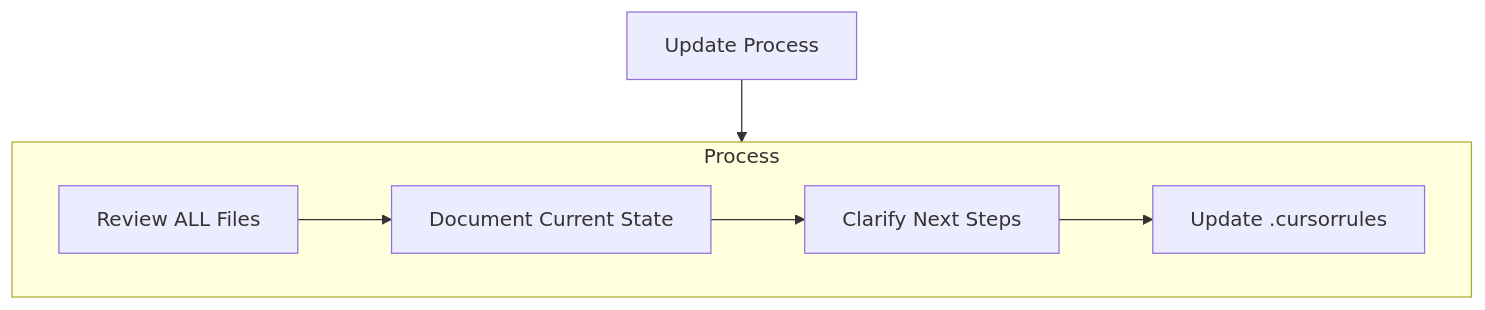
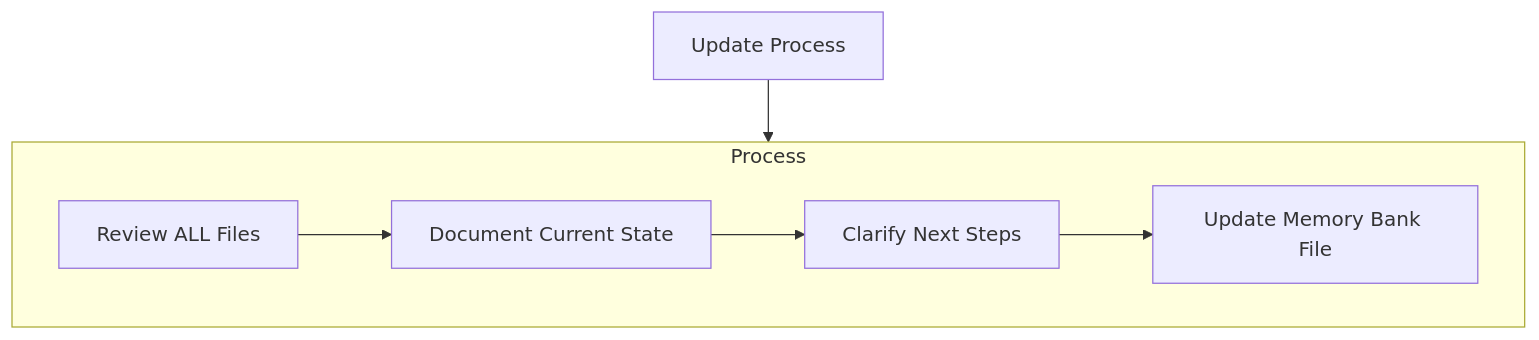
One commit to CainamVentures/cainam-builder changed the fourth of 5 diagrams in .cursor/rules/memory-bank.mdc. Above: the diagram before and after it, drawn with Mermaid. The commit also changed other lines of this file and 4 other files, not shown here.

````diff
--- a/.cursor/rules/memory-bank.mdc
+++ b/.cursor/rules/memory-bank.mdc
@@ -176,15 +111,15 @@
 ```mermaid
 flowchart TD
     Start[Update Process]
     
     subgraph Process
         P1[Review ALL Files]
         P2[Document Current State]
         P3[Clarify Next Steps]
-        P4[Update .cursorrules]
+        P4[Update Memory Bank File]
         
         P1 --> P2 --> P3 --> P4
     end
     
     Start --> Process
 ```
````
